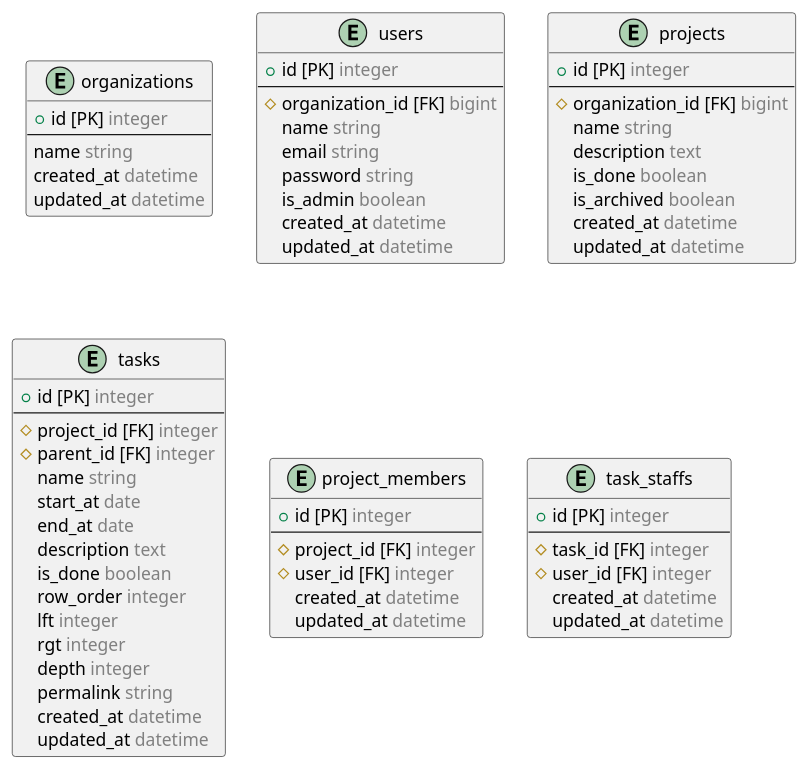
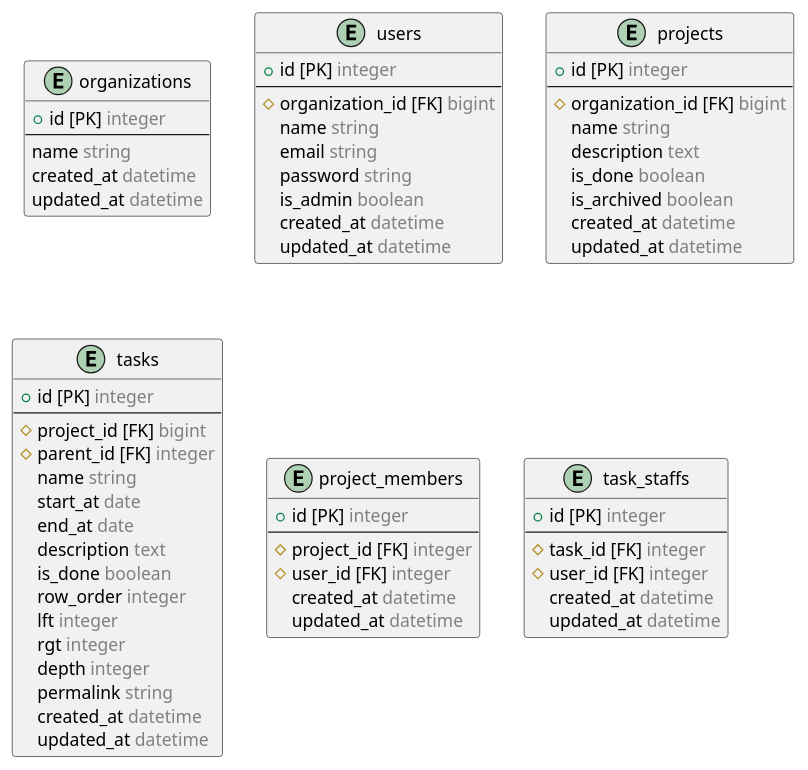
One commit to musashi-634/taskwith changed the diagram in docs/erd/src/entity.pu. Above: the diagram before and after it, drawn with PlantUML. The commit also changed 3 other files, not shown here.

```diff
--- a/docs/erd/src/entity.pu
+++ b/docs/erd/src/entity.pu
@@ -1,72 +1,72 @@
 @startuml erd
 
   entity "organizations" {
     + id [PK] <color:gray>integer</color>
     --
     name <color:gray>string</color>
     created_at <color:gray>datetime</color>
     updated_at <color:gray>datetime</color>
   }
 
   entity "users" {
     + id [PK] <color:gray>integer</color>
     --
     # organization_id [FK] <color:gray>bigint</color>
     name <color:gray>string</color>
     email <color:gray>string</color>
     password <color:gray>string</color>
     is_admin <color:gray>boolean</color>
     created_at <color:gray>datetime</color>
     updated_at <color:gray>datetime</color>
   }
 
   entity "projects" {
     + id [PK] <color:gray>integer</color>
     --
     # organization_id [FK] <color:gray>bigint</color>
     name <color:gray>string</color>
     description <color:gray>text</color>
     is_done <color:gray>boolean</color>
     is_archived <color:gray>boolean</color>
     created_at <color:gray>datetime</color>
     updated_at <color:gray>datetime</color>
   }
 
   entity "tasks" {
     + id [PK] <color:gray>integer</color>
     --
-    # project_id [FK] <color:gray>integer</color>
+    # project_id [FK] <color:gray>bigint</color>
     # parent_id [FK] <color:gray>integer</color>
     name <color:gray>string</color>
     start_at <color:gray>date</color>
     end_at <color:gray>date</color>
     description <color:gray>text</color>
     is_done <color:gray>boolean</color>
     row_order <color:gray>integer</color>
     lft <color:gray>integer</color>
     rgt <color:gray>integer</color>
     depth <color:gray>integer</color>
     permalink <color:gray>string</color>
     created_at <color:gray>datetime</color>
     updated_at <color:gray>datetime</color>
   }
 
   entity "project_members" {
     + id [PK] <color:gray>integer</color>
     --
     # project_id [FK] <color:gray>integer</color>
     # user_id [FK] <color:gray>integer</color>
     created_at <color:gray>datetime</color>
     updated_at <color:gray>datetime</color>
   }
 
   entity "task_staffs" {
     + id [PK] <color:gray>integer</color>
     --
     # task_id [FK] <color:gray>integer</color>
     # user_id [FK] <color:gray>integer</color>
     created_at <color:gray>datetime</color>
     updated_at <color:gray>datetime</color>
   }
 
 @enduml
```
